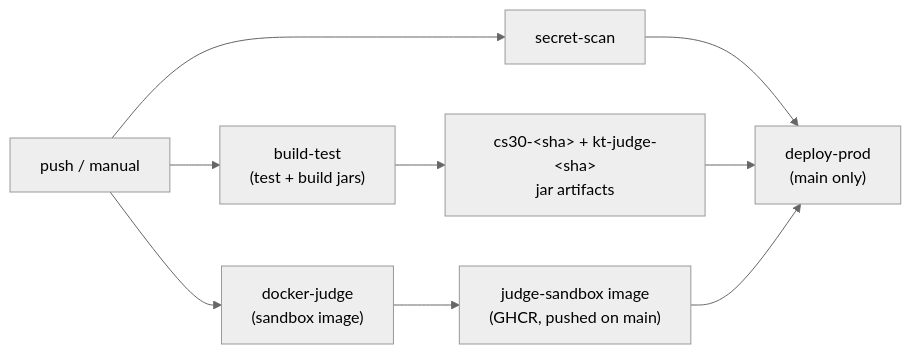
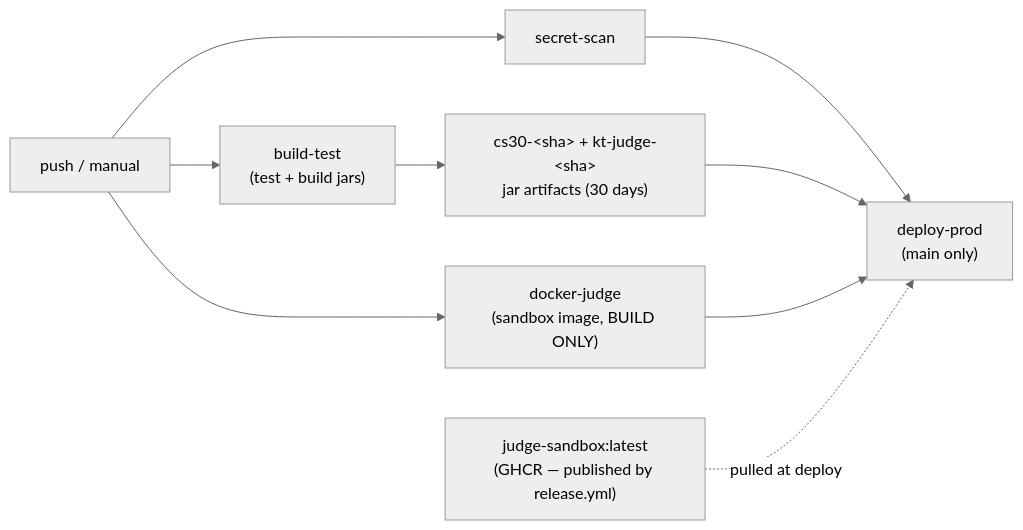
One commit to SJSU-CS-systems-group/cs30 changed the first of 2 diagrams in docs/internal/cicd.md. Above: the diagram before and after it, drawn with Mermaid (neutral theme). The commit also changed other lines of this file and 7 other files, not shown here.

Commit message:
Publish jars and sandbox image on v* tags (#210)

````diff
--- a/docs/internal/cicd.md
+++ b/docs/internal/cicd.md
@@ -13,11 +20,11 @@
 ```mermaid
 flowchart LR
   push["push / manual"] --> secret["secret-scan"]
   push --> build["build-test\n(test + build jars)"]
-  push --> judge["docker-judge\n(sandbox image)"]
-  build --> jars["cs30-&lt;sha&gt; + kt-judge-&lt;sha&gt;\njar artifacts"]
-  judge --> img["judge-sandbox image\n(GHCR, pushed on main)"]
+  push --> judge["docker-judge\n(sandbox image, BUILD ONLY)"]
+  build --> jars["cs30-&lt;sha&gt; + kt-judge-&lt;sha&gt;\njar artifacts (30 days)"]
   secret --> deploy["deploy-prod\n(main only)"]
   jars --> deploy
-  img --> deploy
+  judge --> deploy
+  ghcr["judge-sandbox:latest\n(GHCR — published by release.yml)"] -.->|pulled at deploy| deploy
 ```
````
